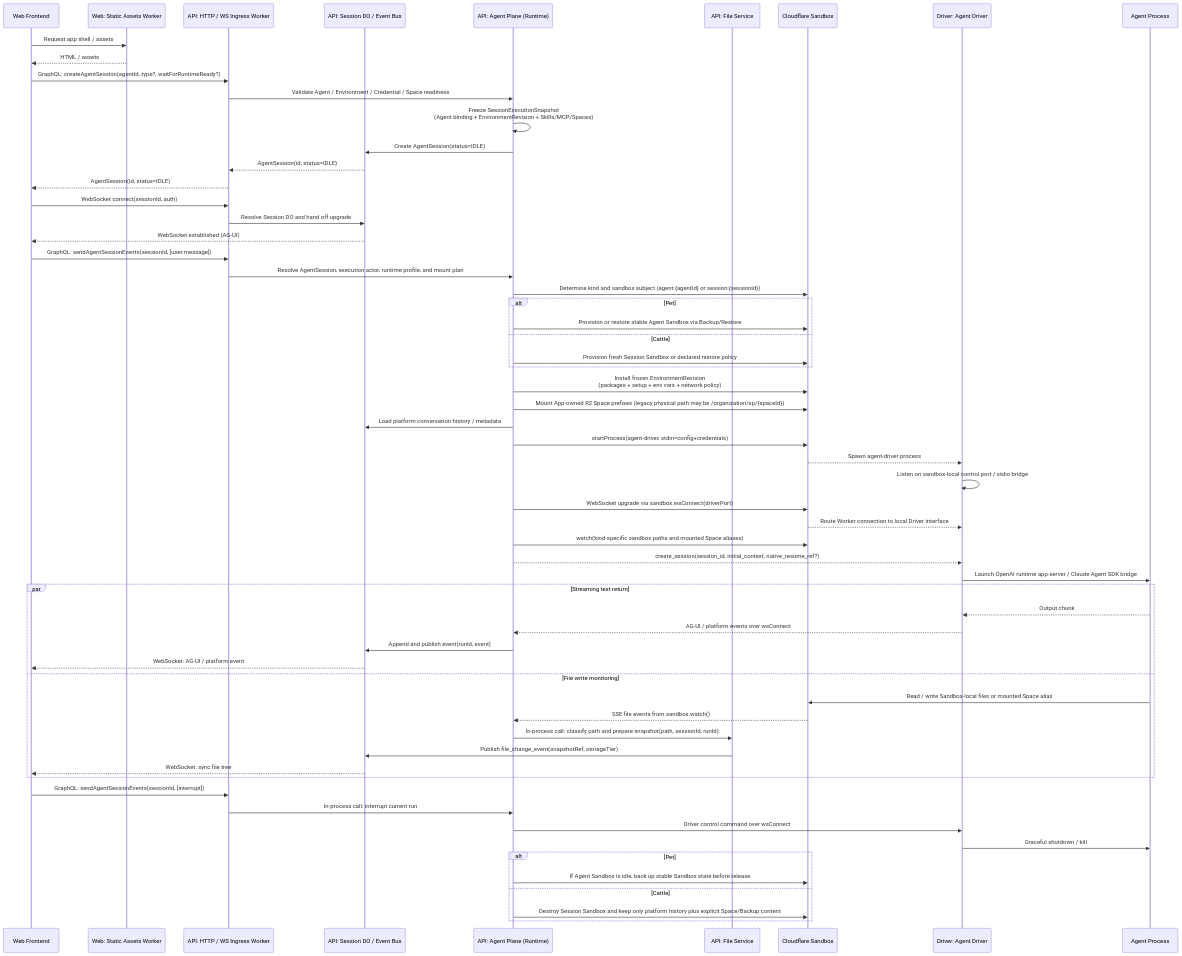
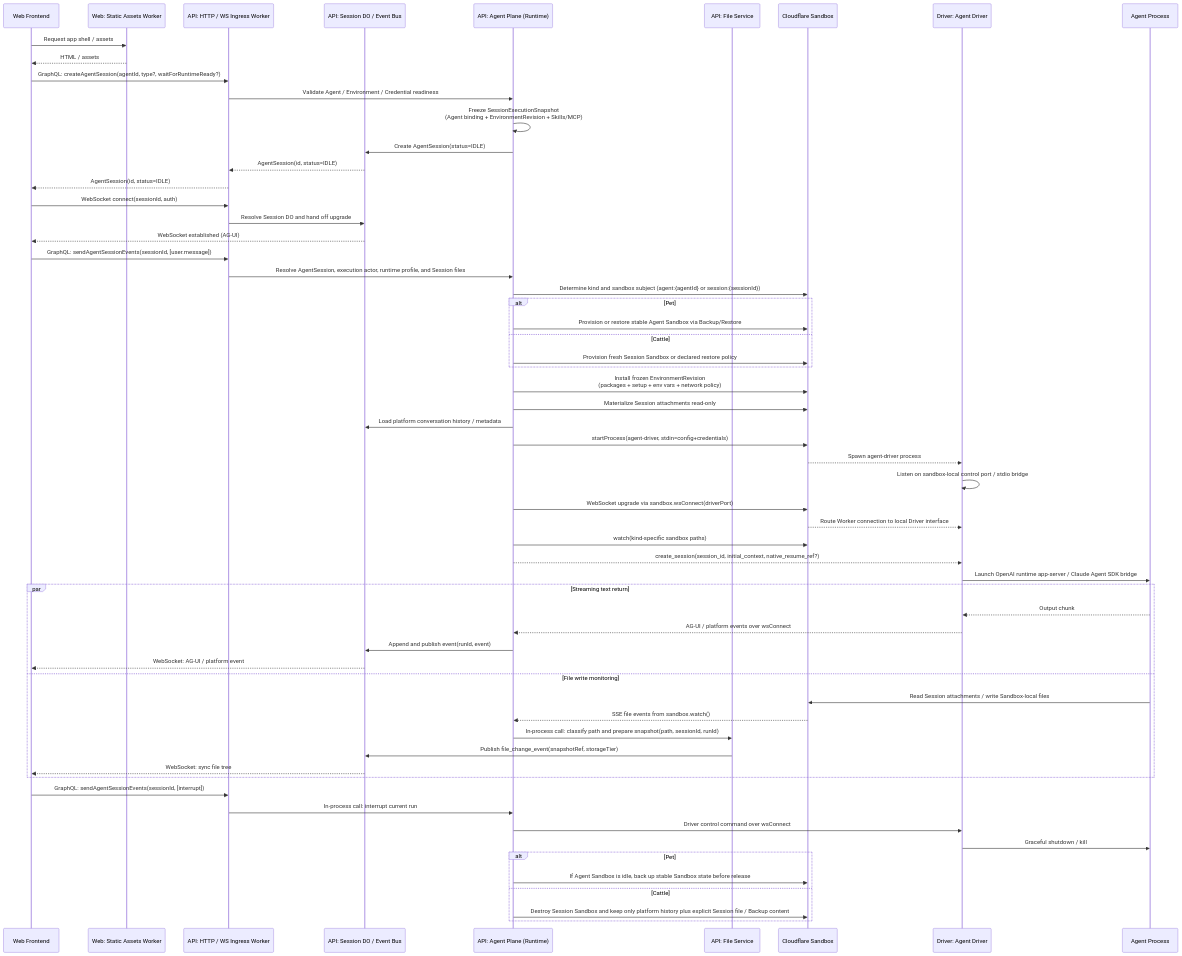
Before and after one commit to langgenius/mosoo: the third of 3 diagrams in docs/architecture.md, drawn with Mermaid. The commit also changed other lines of this file and 314 other files, not shown here.

````diff
--- a/docs/architecture.md
+++ b/docs/architecture.md
@@ -273,72 +273,72 @@
 ```mermaid
 sequenceDiagram
     participant Client as Web Frontend
     participant Web as Web: Static Assets Worker
     participant Ingress as API: HTTP / WS Ingress Worker
     participant Session as API: Session DO / Event Bus
     participant AS as API: Agent Plane (Runtime)
     participant FS as API: File Service
     participant Sandbox as Cloudflare Sandbox
     participant Driver as Driver: Agent Driver
     participant AgentProc as Agent Process
 
     Client->>Web: Request app shell / assets
     Web-->>Client: HTML / assets
 
     Client->>Ingress: GraphQL: createAgentSession(agentId, type?, waitForRuntimeReady?)
-    Ingress->>AS: Validate Agent / Environment / Credential / Space readiness
-    AS->>AS: Freeze SessionExecutionSnapshot<br/>(Agent binding + EnvironmentRevision + Skills/MCP/Spaces)
+    Ingress->>AS: Validate Agent / Environment / Credential readiness
+    AS->>AS: Freeze SessionExecutionSnapshot<br/>(Agent binding + EnvironmentRevision + Skills/MCP)
     AS->>Session: Create AgentSession(status=IDLE)
     Session-->>Ingress: AgentSession(id, status=IDLE)
     Ingress-->>Client: AgentSession(id, status=IDLE)
 
     Client->>Ingress: WebSocket connect(sessionId, auth)
     Ingress->>Session: Resolve Session DO and hand off upgrade
     Session-->>Client: WebSocket established (AG-UI)
 
     Client->>Ingress: GraphQL: sendAgentSessionEvents(sessionId, [user.message])
-    Ingress->>AS: Resolve AgentSession, execution actor, runtime profile, and mount plan
+    Ingress->>AS: Resolve AgentSession, execution actor, runtime profile, and Session files
 
     AS->>Sandbox: Determine kind and sandbox subject (agent:{agentId} or session:{sessionId})
     alt Pet
         AS->>Sandbox: Provision or restore stable Agent Sandbox via Backup/Restore
     else Cattle
         AS->>Sandbox: Provision fresh Session Sandbox or declared restore policy
     end
     AS->>Sandbox: Install frozen EnvironmentRevision<br/>(packages + setup + env vars + network policy)
-    AS->>Sandbox: Mount App-owned R2 Space prefixes (legacy physical path may be /organization/sp/{spaceId})
+    AS->>Sandbox: Materialize Session attachments read-only
     AS->>Session: Load platform conversation history / metadata
     AS->>Sandbox: startProcess(agent-driver, stdin=config+credentials)
     Sandbox-->>Driver: Spawn agent-driver process
     Driver->>Driver: Listen on sandbox-local control port / stdio bridge
     AS->>Sandbox: WebSocket upgrade via sandbox.wsConnect(driverPort)
     Sandbox-->>Driver: Route Worker connection to local Driver interface
-    AS->>Sandbox: watch(kind-specific sandbox paths and mounted Space aliases)
+    AS->>Sandbox: watch(kind-specific sandbox paths)
 
     AS-->>Driver: create_session(session_id, initial_context, native_resume_ref?)
 
     Driver->>AgentProc: Launch OpenAI runtime app-server / Claude Agent SDK bridge
 
     par Streaming text return
         AgentProc-->>Driver: Output chunk
         Driver-->>AS: AG-UI / platform events over wsConnect
         AS->>Session: Append and publish event(runId, event)
         Session-->>Client: WebSocket: AG-UI / platform event
     and File write monitoring
-        AgentProc->>Sandbox: Read / write Sandbox-local files or mounted Space alias
+        AgentProc->>Sandbox: Read Session attachments / write Sandbox-local files
         Sandbox-->>AS: SSE file events from sandbox.watch()
         AS->>FS: In-process call: classify path and prepare snapshot(path, sessionId, runId)
         FS->>Session: Publish file_change_event(snapshotRef, storageTier)
         Session-->>Client: WebSocket: sync file tree
     end
 
     Client->>Ingress: GraphQL: sendAgentSessionEvents(sessionId, [interrupt])
     Ingress->>AS: In-process call: interrupt current run
     AS->>Driver: Driver control command over wsConnect
     Driver->>AgentProc: Graceful shutdown / kill
     alt Pet
         AS->>Sandbox: If Agent Sandbox is idle, back up stable Sandbox state before release
     else Cattle
-        AS->>Sandbox: Destroy Session Sandbox and keep only platform history plus explicit Space/Backup content
+        AS->>Sandbox: Destroy Session Sandbox and keep only platform history plus explicit Session file / Backup content
     end
 ```
````
